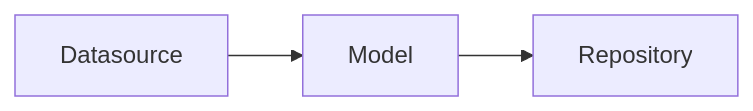
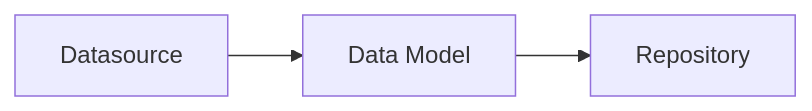
Before and after one commit to e22m4u/js-repository: the diagram in README.md, drawn with Mermaid. The commit also changed other lines of this file, not shown here.

````diff
--- a/README.md
+++ b/README.md
@@ -34,5 +34,5 @@
 ```mermaid
 flowchart LR
 
-A[Datasource]-->B[Model]-->С[Repository];
+A[Datasource]-->B[Data Model]-->С[Repository];
 ```
````
